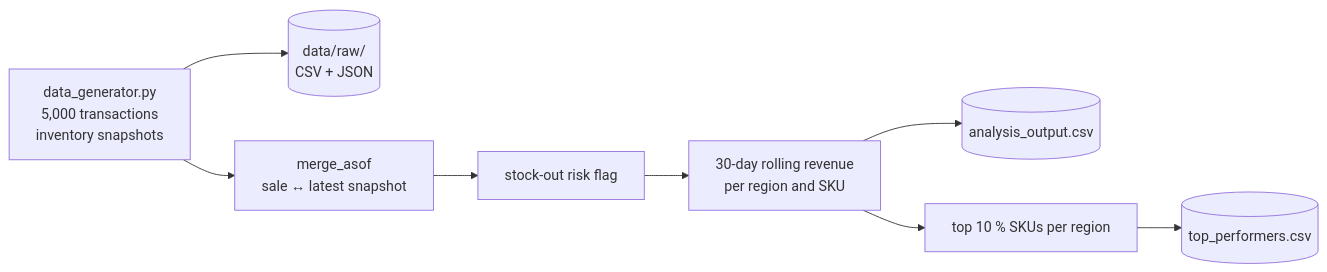
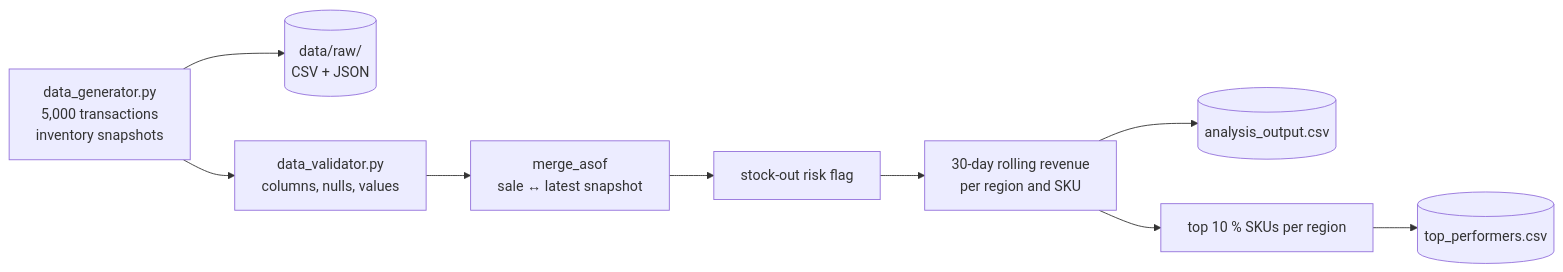
Before and after one commit to ArturLy263/data_processing_project: the diagram in README.md, drawn with Mermaid. The commit also changed other lines of this file, not shown here.

````diff
--- a/README.md
+++ b/README.md
@@ -27,10 +36,11 @@
 ```mermaid
 flowchart LR
     G[data_generator.py<br/>5,000 transactions<br/>inventory snapshots] --> R[(data/raw/<br/>CSV + JSON)]
-    G --> J[merge_asof<br/>sale ↔ latest snapshot]
+    G --> V[data_validator.py<br/>columns, nulls, values]
+    V --> J[merge_asof<br/>sale ↔ latest snapshot]
     J --> S[stock-out risk flag]
     S --> W[30-day rolling revenue<br/>per region and SKU]
     W --> O[(analysis_output.csv)]
     W --> T[top 10 % SKUs per region]
     T --> P[(top_performers.csv)]
 ```
````
